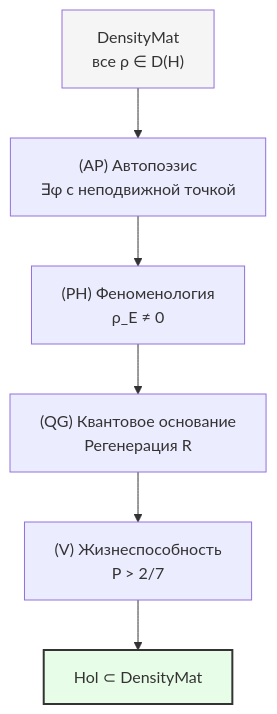
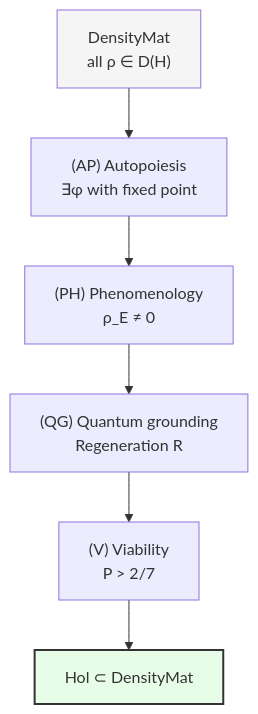
Before and after one commit to gst-st/uhm: the second of 2 diagrams in website/docs/core/categories/category-hol.md, drawn with Mermaid. The commit also changed other lines of this file and 25 other files, not shown here.

````diff
--- a/website/docs/core/categories/category-hol.md
+++ b/website/docs/core/categories/category-hol.md
@@ -302,18 +302,18 @@
 ```mermaid
 graph TD
-    DM["DensityMat<br/>все ρ ∈ D(H)"]
-    AP["(AP) Автопоэзис<br/>∃φ с неподвижной точкой"]
-    PH["(PH) Феноменология<br/>ρ_E ≠ 0"]
-    QG["(QG) Квантовое основание<br/>Регенерация R"]
-    V["(V) Жизнеспособность<br/>P > 2/7"]
+    DM["DensityMat<br/>all ρ ∈ D(H)"]
+    AP["(AP) Autopoiesis<br/>∃φ with fixed point"]
+    PH["(PH) Phenomenology<br/>ρ_E ≠ 0"]
+    QG["(QG) Quantum grounding<br/>Regeneration R"]
+    V["(V) Viability<br/>P > 2/7"]
     Hol["Hol ⊂ DensityMat"]
 
     DM --> AP
     AP --> PH
     PH --> QG
     QG --> V
     V --> Hol
 
     style Hol fill:#e8fde8,stroke:#333,stroke-width:2px
     style DM fill:#f5f5f5
 ```
````
